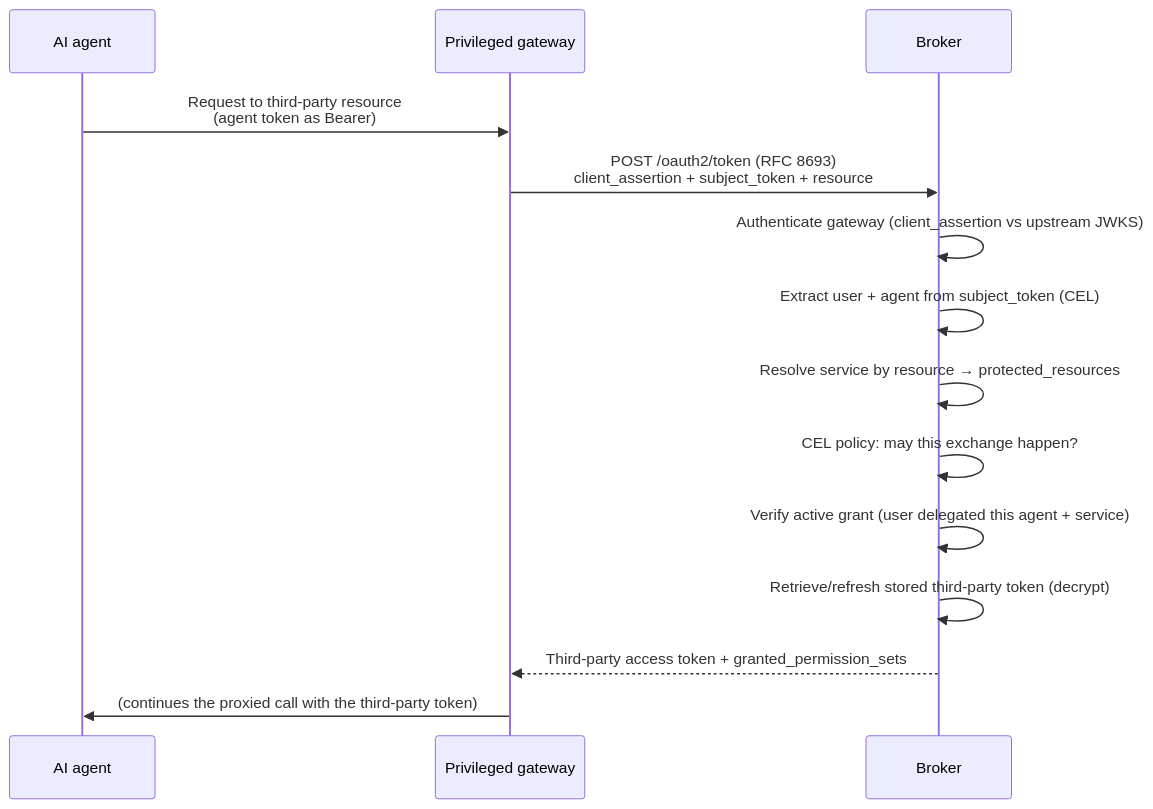
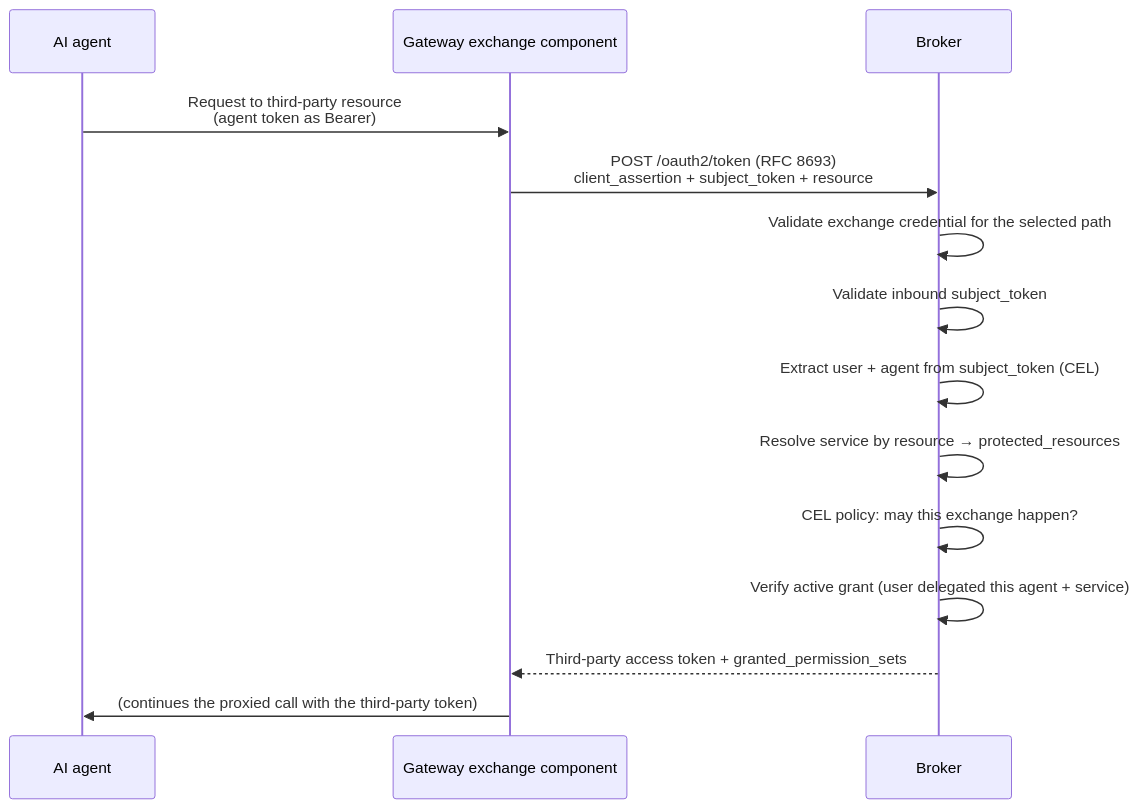
One commit to axsaucedo/agentic-identity-broker changed the diagram in docs/concepts/token-exchange.md. Above: the diagram before and after it, drawn with Mermaid. The commit also changed other lines of this file and 28 other files, not shown here.

Commit message:
[Spec Kit] Implement Agentgateway native token exchange

````diff
--- a/docs/concepts/token-exchange.md
+++ b/docs/concepts/token-exchange.md
@@ -58,16 +83,16 @@
 ```mermaid
 sequenceDiagram
     participant A as AI agent
-    participant G as Privileged gateway
+    participant G as Gateway exchange component
     participant B as Broker
     A->>G: Request to third-party resource<br/>(agent token as Bearer)
     G->>B: POST /oauth2/token (RFC 8693)<br/>client_assertion + subject_token + resource
-    B->>B: Authenticate gateway (client_assertion vs upstream JWKS)
+    B->>B: Validate exchange credential for the selected path
+    B->>B: Validate inbound subject_token
     B->>B: Extract user + agent from subject_token (CEL)
     B->>B: Resolve service by resource → protected_resources
     B->>B: CEL policy: may this exchange happen?
     B->>B: Verify active grant (user delegated this agent + service)
-    B->>B: Retrieve/refresh stored third-party token (decrypt)
     B-->>G: Third-party access token + granted_permission_sets
     G->>A: (continues the proxied call with the third-party token)
 ```
````
